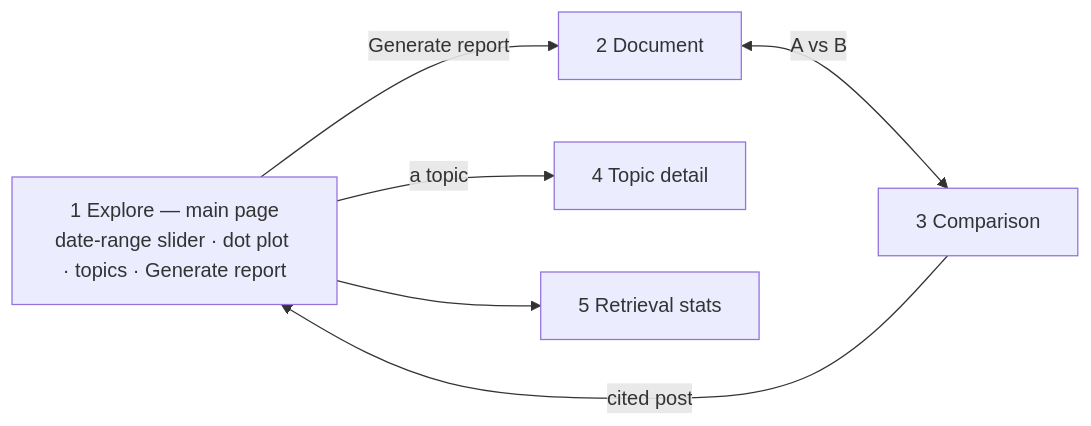
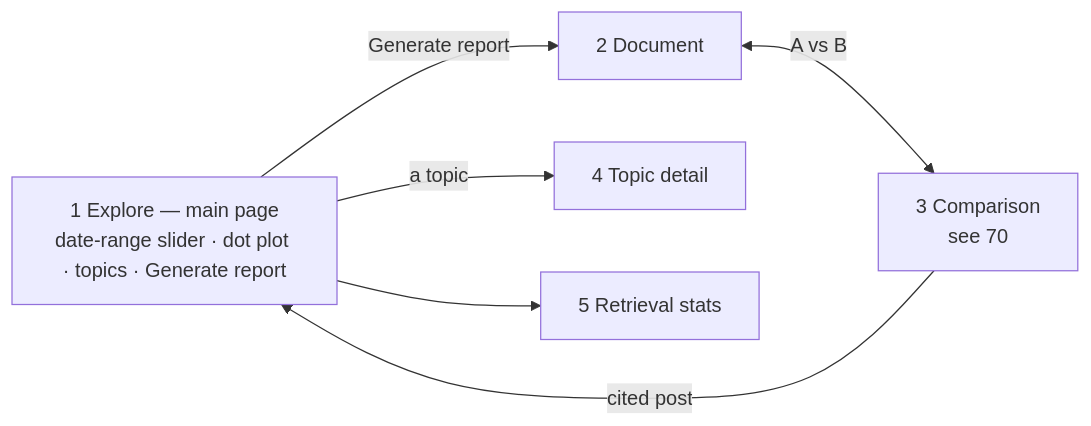
The diagram in docs/atlas/30-frontend/31-screens.md (brianaderer/transcendent), drawn with Mermaid before and after one commit. The commit also changed 3 other files, not shown here.

````diff
--- a/docs/atlas/30-frontend/31-screens.md
+++ b/docs/atlas/30-frontend/31-screens.md
@@ -10,13 +10,13 @@
 ```mermaid
 flowchart LR
     MAIN["1 Explore — main page<br/>date-range slider · dot plot · topics · Generate report"]
     DOC["2 Document"]
-    CMP["3 Comparison"]
+    CMP["3 Comparison<br/>see 70"]
     TOP["4 Topic detail"]
     STA["5 Retrieval stats"]
     MAIN -->|"Generate report"| DOC
     DOC <-->|"A vs B"| CMP
     MAIN -->|"a topic"| TOP
     CMP -->|"cited post"| MAIN
     MAIN --> STA
 ```
````
